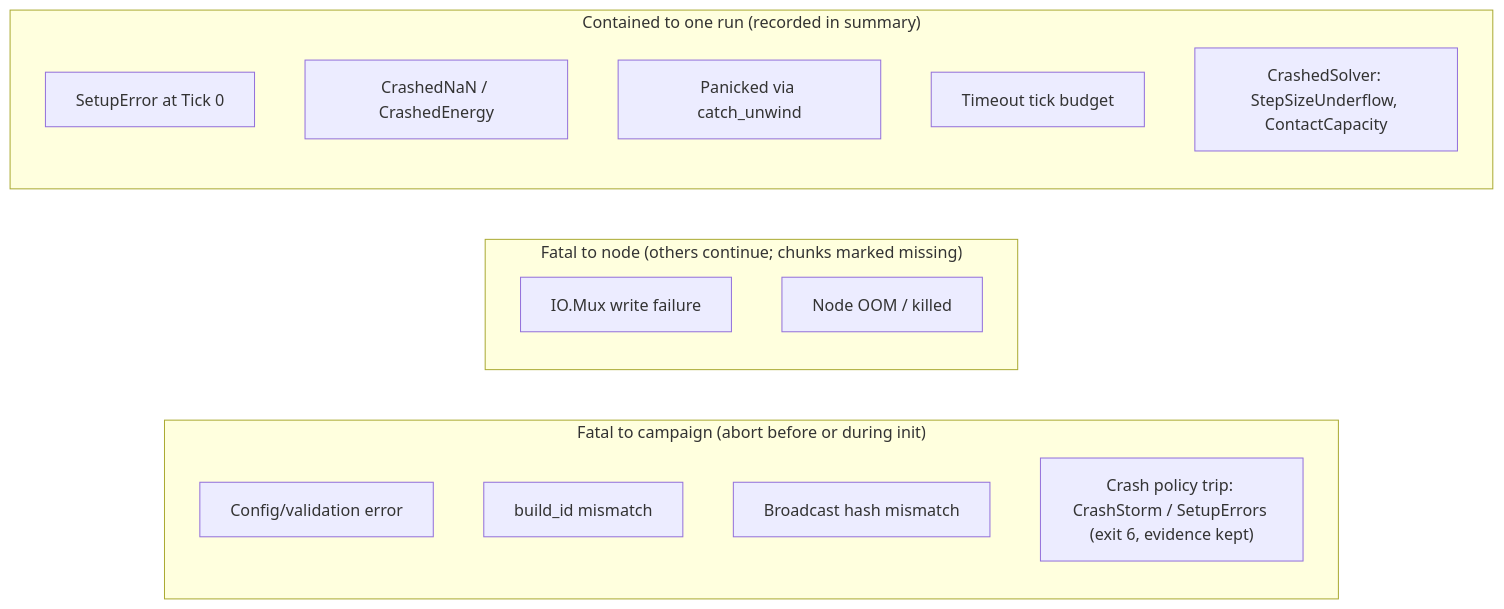
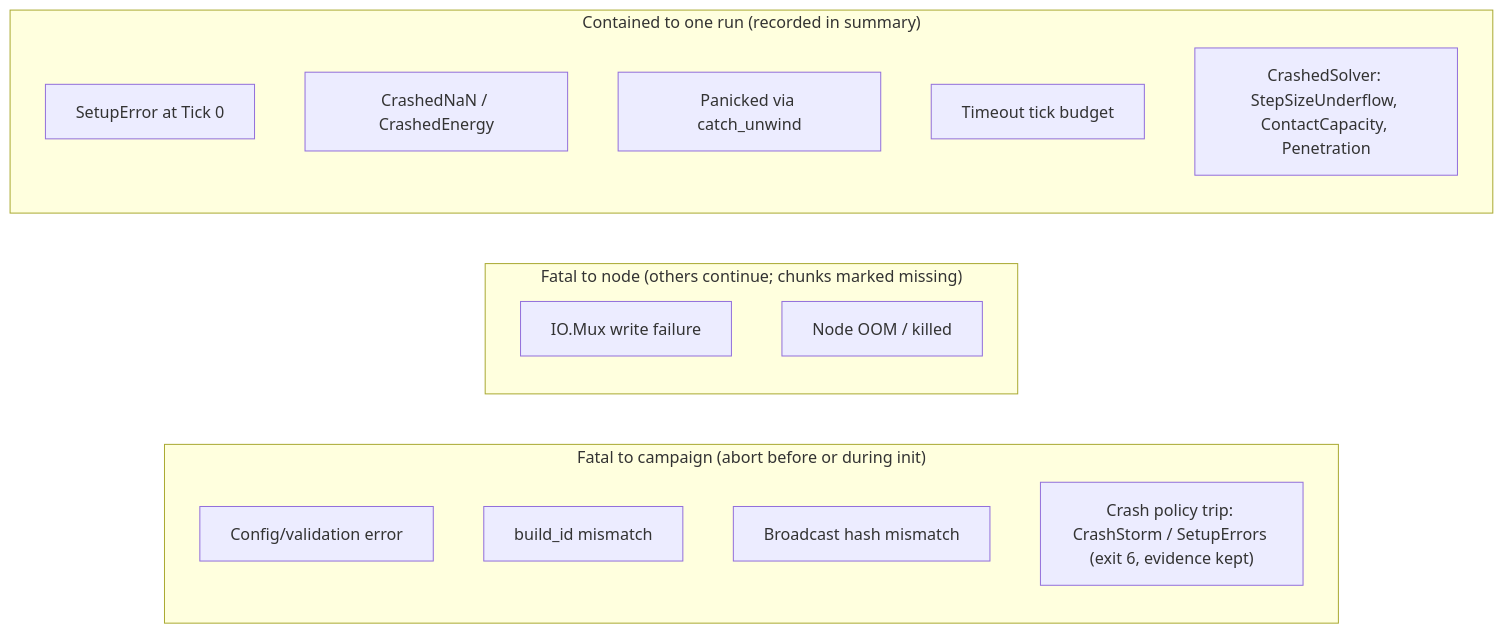
Before and after one commit to Schmiedium/SABER: diagram 17 of 18 in docs/design/subsystems-and-interfaces.md, drawn with Mermaid. The commit also changed other lines of this file and 10 other files, not shown here.

First line of the commit message:
Step 5d part 2: impulsive contact (#18)

````diff
--- a/docs/design/subsystems-and-interfaces.md
+++ b/docs/design/subsystems-and-interfaces.md
@@ -1847,20 +2000,20 @@
 ```mermaid
 flowchart LR
     subgraph Fatal["Fatal to campaign (abort before or during init)"]
         f1[Config/validation error]
         f2[build_id mismatch]
         f3[Broadcast hash mismatch]
         f4["Crash policy trip: CrashStorm / SetupErrors (exit 6, evidence kept)"]
     end
     subgraph Node["Fatal to node (others continue; chunks marked missing)"]
         n1[IO.Mux write failure]
         n2[Node OOM / killed]
     end
     subgraph Run["Contained to one run (recorded in summary)"]
         r1[SetupError at Tick 0]
         r2[CrashedNaN / CrashedEnergy]
         r3[Panicked via catch_unwind]
         r4[Timeout tick budget]
-        r5["CrashedSolver: StepSizeUnderflow, ContactCapacity"]
+        r5["CrashedSolver: StepSizeUnderflow, ContactCapacity, Penetration"]
     end
 ```
````
